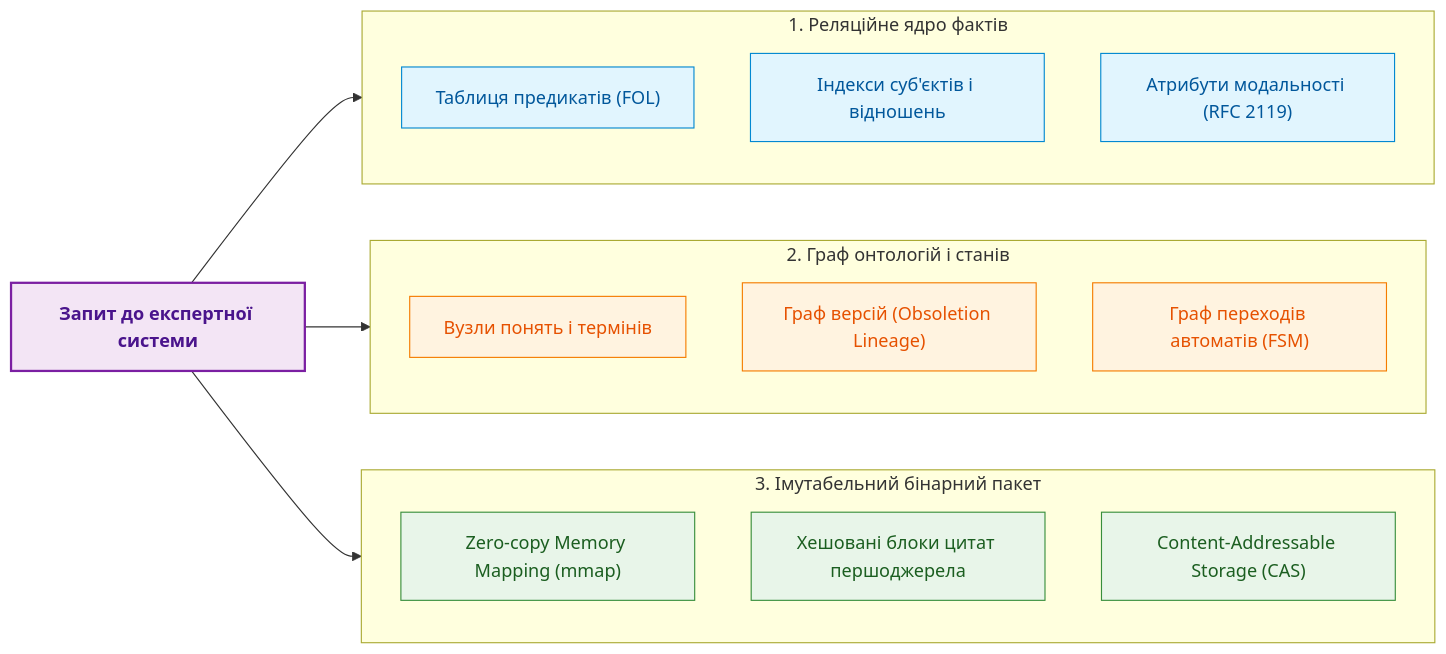
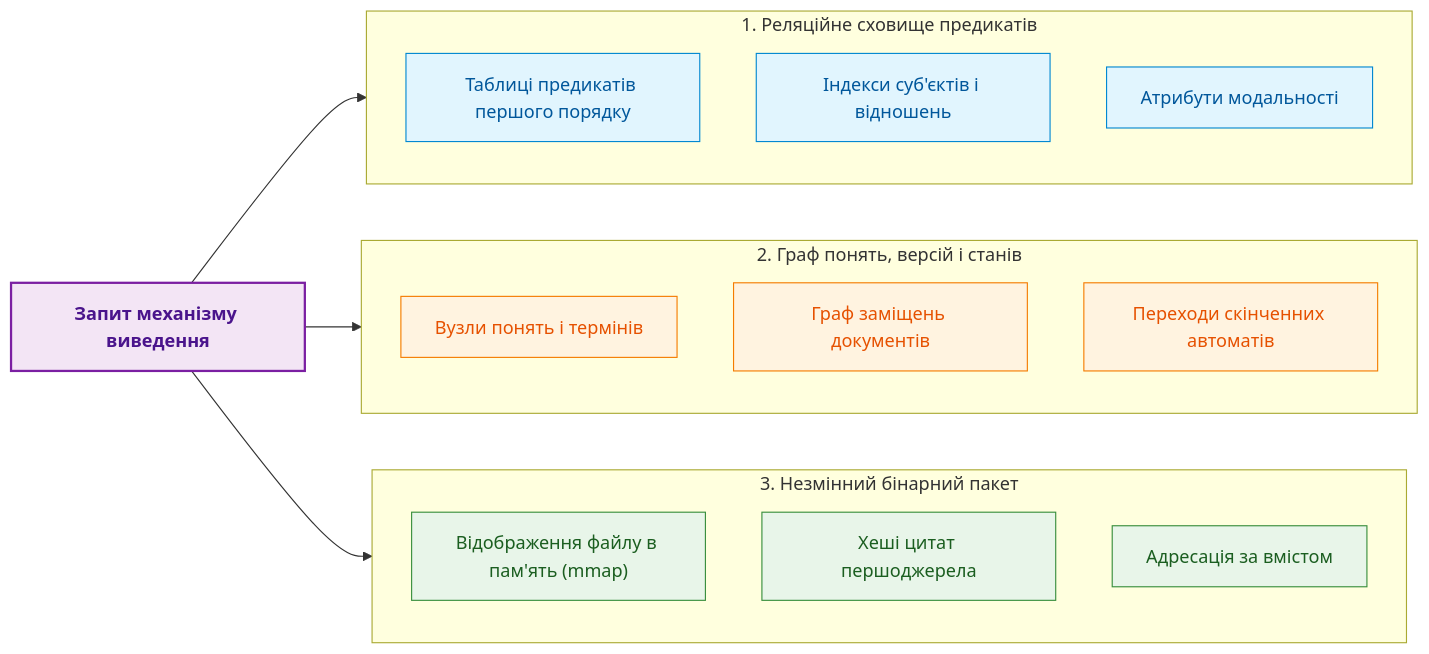
Before and after one commit to nick-fedchik/articles: the fifth of 7 diagrams in ExpertSystem/ch15-knowledge-extraction-and-kb-construction.md, drawn with Mermaid. The commit also changed other lines of this file, not shown here.

````diff
--- a/ExpertSystem/ch15-knowledge-extraction-and-kb-construction.md
+++ b/ExpertSystem/ch15-knowledge-extraction-and-kb-construction.md
@@ -377,35 +449,35 @@
 ```mermaid
 flowchart LR
-    accTitle: Мультимодельна архітектура бази знань інженерної системи
-    accDescr: Три компоненти зберігання бази знань - реляційне ядро предикатів, граф онтологій та імутабельний бінарний пакет фактів.
+    accTitle: Три моделі зберігання бази знань
+    accDescr: Реляційне сховище предикатів, граф понять, версій і станів та незмінний бінарний пакет, до яких звертається механізм виведення.
 
-    subgraph Relational["1. Реляційне ядро фактів"]
-        R1["Таблиця предикатів (FOL)"]
+    subgraph Relational["1. Реляційне сховище предикатів"]
+        R1["Таблиці предикатів першого порядку"]
         R2["Індекси суб'єктів і відношень"]
-        R3["Атрибути модальності (RFC 2119)"]
+        R3["Атрибути модальності"]
     end
 
-    subgraph Graph["2. Граф онтологій і станів"]
+    subgraph Graph["2. Граф понять, версій і станів"]
         G1["Вузли понять і термінів"]
-        G2["Граф версій (Obsoletion Lineage)"]
-        G3["Граф переходів автоматів (FSM)"]
+        G2["Граф заміщень документів"]
+        G3["Переходи скінченних автоматів"]
     end
 
-    subgraph Binary["3. Імутабельний бінарний пакет"]
-        B1["Zero-copy Memory Mapping (mmap)"]
-        B2["Хешовані блоки цитат першоджерела"]
-        B3["Content-Addressable Storage (CAS)"]
+    subgraph Binary["3. Незмінний бінарний пакет"]
+        B1["Відображення файлу в пам'ять (mmap)"]
+        B2["Хеші цитат першоджерела"]
+        B3["Адресація за вмістом"]
     end
 
-    Query["<b>Запит до експертної системи</b>"] --> Relational & Graph & Binary
+    Query["<b>Запит механізму виведення</b>"] --> Relational & Graph & Binary
 
     classDef q fill:#f3e5f5,stroke:#7b1fa2,stroke-width:2px,color:#4a148c;
     classDef r fill:#e1f5fe,stroke:#0288d1,stroke-width:1px,color:#01579b;
     classDef g fill:#fff3e0,stroke:#f57c00,stroke-width:1px,color:#e65100;
     classDef b fill:#e8f5e9,stroke:#388e3c,stroke-width:1px,color:#1b5e20;
 
     class Query q;
     class R1,R2,R3 r;
     class G1,G2,G3 g;
     class B1,B2,B3 b;
 ```
````
